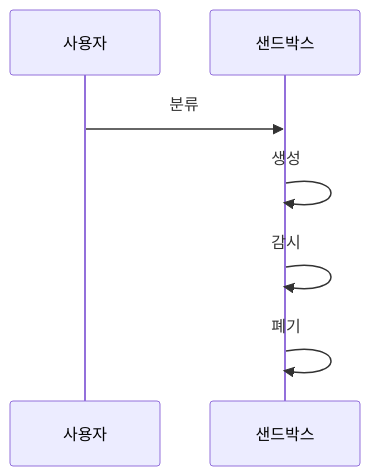
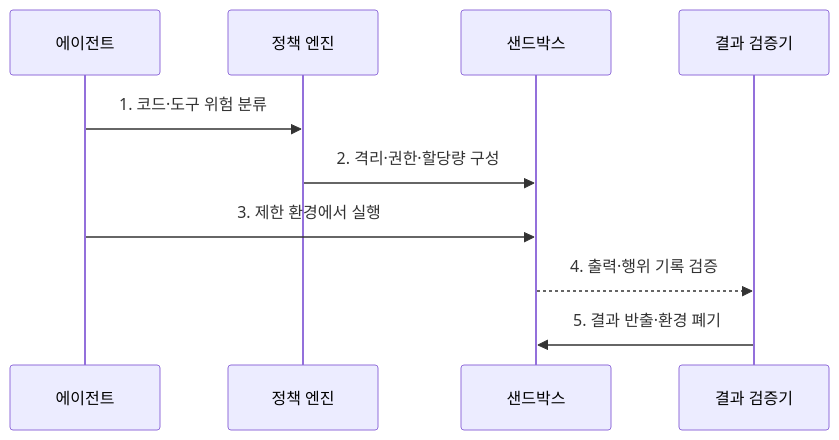
The diagram in src/content/docs/notes/08-latest-tech/020_agent_sandbox.md (agnusdei1207/knowledge-base), drawn with Mermaid before and after one commit. The commit also changed other lines of this file and 16 other files, not shown here.

Commit message:
Add SVM chart comparisons and continue latest technology rewrite

````diff
--- a/src/content/docs/notes/08-latest-tech/020_agent_sandbox.md
+++ b/src/content/docs/notes/08-latest-tech/020_agent_sandbox.md
@@ -63,9 +63,12 @@
 ```mermaid
 sequenceDiagram
-    participant U as 사용자
+    participant A as 에이전트
+    participant P as 정책 엔진
     participant S as 샌드박스
-    U->>S: 분류
-    S->>S: 생성
-    S->>S: 감시
-    S->>S: 폐기
+    participant V as 결과 검증기
+    A->>P: 1. 코드·도구 위험 분류
+    P->>S: 2. 격리·권한·할당량 구성
+    A->>S: 3. 제한 환경에서 실행
+    S-->>V: 4. 출력·행위 기록 검증
+    V->>S: 5. 결과 반출·환경 폐기
 ```
````
